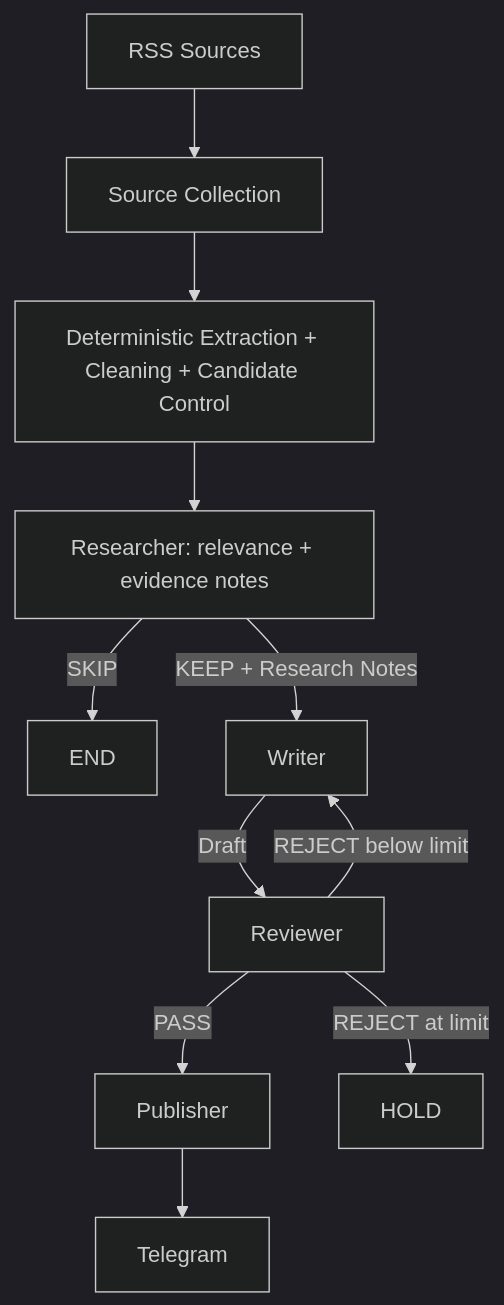
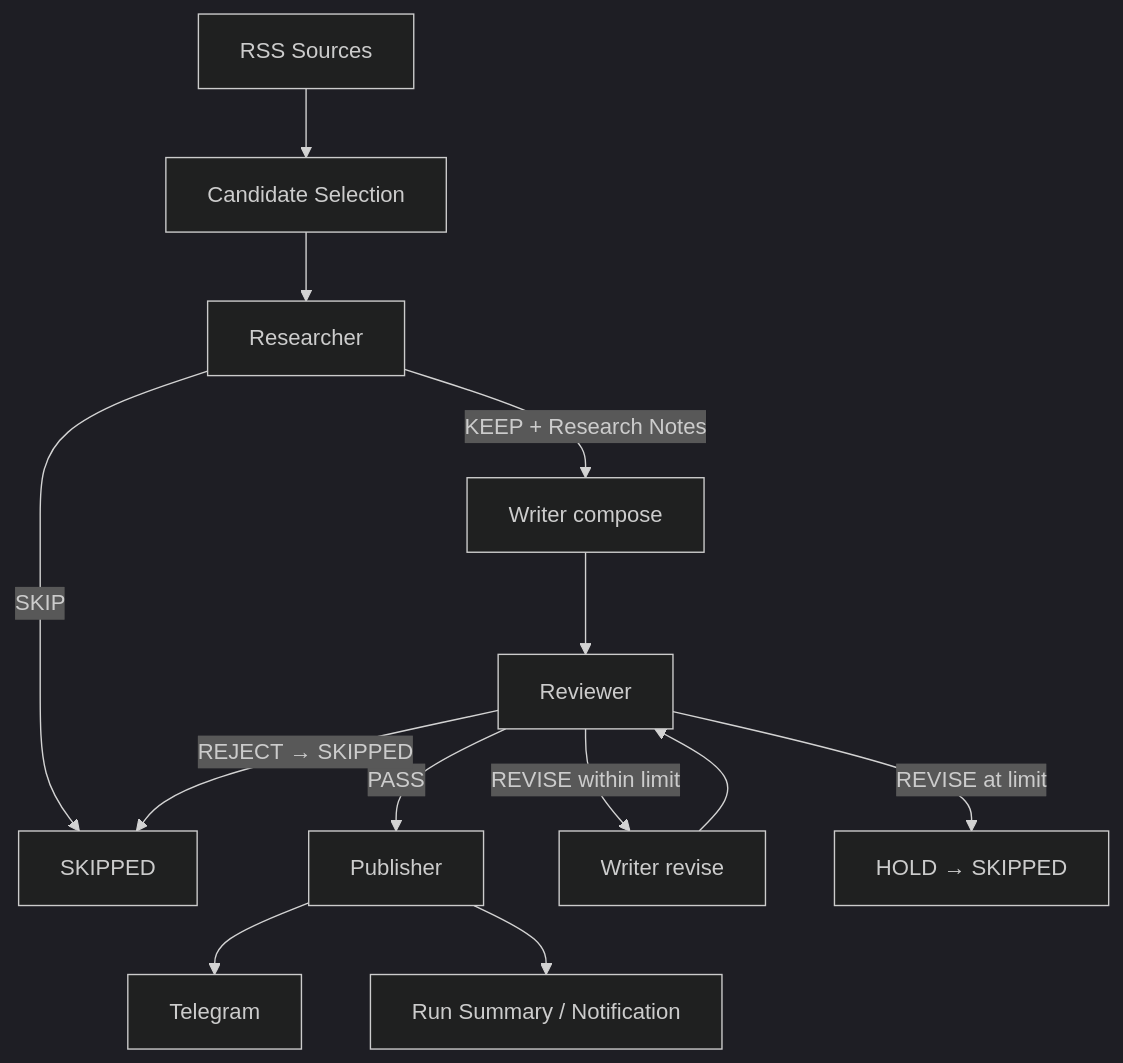
Before and after one commit to MartinKuai/chip-news-ai-workflow: the diagram in README.en.md, drawn with Mermaid (dark theme). The commit also changed other lines of this file and 48 other files, not shown here.

First line of the commit message:
refactor: converge the pipeline on the news production architecture

````diff
--- a/README.en.md
+++ b/README.en.md
@@ -15,13 +15,15 @@
 ```mermaid
 flowchart TD
-    A[RSS Sources] --> B[Source Collection]
-    B --> C[Deterministic Extraction + Cleaning + Candidate Control]
-    C --> D[Researcher: relevance + evidence notes]
-    D -->|SKIP| Z[END]
-    D -->|KEEP + Research Notes| E[Writer]
-    E -->|Draft| F[Reviewer]
-    F -->|PASS| G[Publisher]
-    F -->|REJECT below limit| E
-    F -->|REJECT at limit| H[HOLD]
-    G --> I[Telegram]
+    A[RSS Sources] --> B[Candidate Selection]
+    B --> C[Researcher]
+    C -->|SKIP| Z[SKIPPED]
+    C -->|KEEP + Research Notes| D[Writer compose]
+    D --> E[Reviewer]
+    E -->|PASS| F[Publisher]
+    E -->|REVISE within limit| G[Writer revise]
+    G --> E
+    E -->|REVISE at limit| H[HOLD → SKIPPED]
+    E -->|REJECT → SKIPPED| Z
+    F --> I[Telegram]
+    F --> J[Run Summary / Notification]
 ```
````
